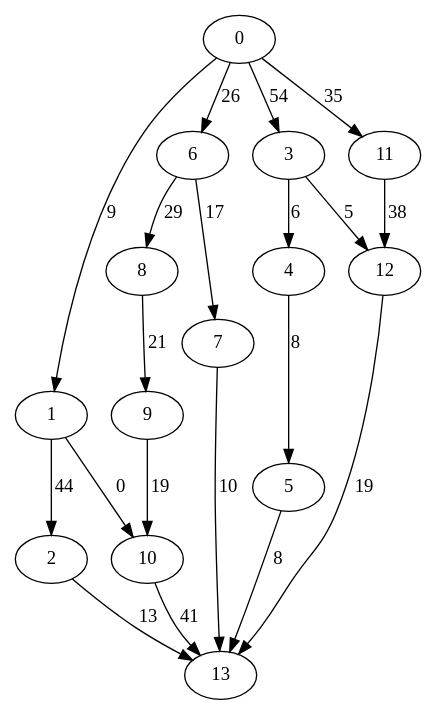
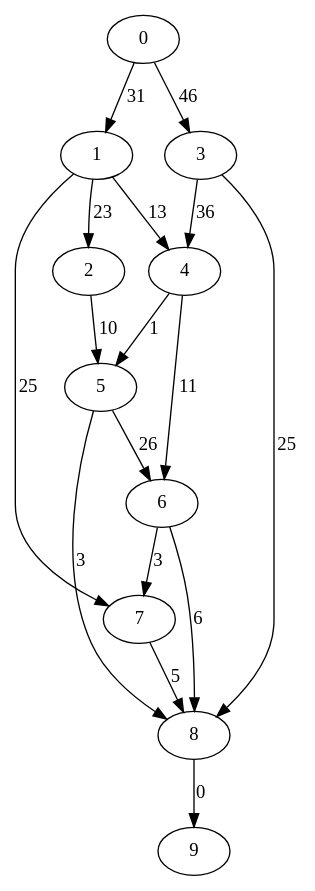
Before and after one commit to asaloniti/DagScheduling_old: the diagram in dotfiles/data8.dot, drawn with Graphviz. The commit also changed 43 other files, not shown here.

```diff
--- a/dotfiles/data8.dot
+++ b/dotfiles/data8.dot
@@ -1,21 +1,18 @@
 digraph data8 {
-0 -> 1 [ label = 9 ];
-0 -> 3 [ label = 54 ];
-0 -> 6 [ label = 26 ];
-0 -> 11 [ label = 35 ];
-1 -> 2 [ label = 44 ];
-1 -> 10 [ label = 0 ];
-2 -> 13 [ label = 13 ];
-3 -> 4 [ label = 6 ];
-3 -> 12 [ label = 5 ];
-4 -> 5 [ label = 8 ];
-5 -> 13 [ label = 8 ];
-6 -> 7 [ label = 17 ];
-6 -> 8 [ label = 29 ];
-7 -> 13 [ label = 10 ];
-8 -> 9 [ label = 21 ];
-9 -> 10 [ label = 19 ];
-10 -> 13 [ label = 41 ];
-11 -> 12 [ label = 38 ];
-12 -> 13 [ label = 19 ];
+0 -> 1 [ label = 31 ];
+0 -> 3 [ label = 46 ];
+1 -> 2 [ label = 23 ];
+1 -> 4 [ label = 13 ];
+1 -> 7 [ label = 25 ];
+2 -> 5 [ label = 10 ];
+3 -> 4 [ label = 36 ];
+3 -> 8 [ label = 25 ];
+4 -> 5 [ label = 1 ];
+4 -> 6 [ label = 11 ];
+5 -> 6 [ label = 26 ];
+5 -> 8 [ label = 3 ];
+6 -> 7 [ label = 3 ];
+6 -> 8 [ label = 6 ];
+7 -> 8 [ label = 5 ];
+8 -> 9 [ label = 0 ];
  }
```
